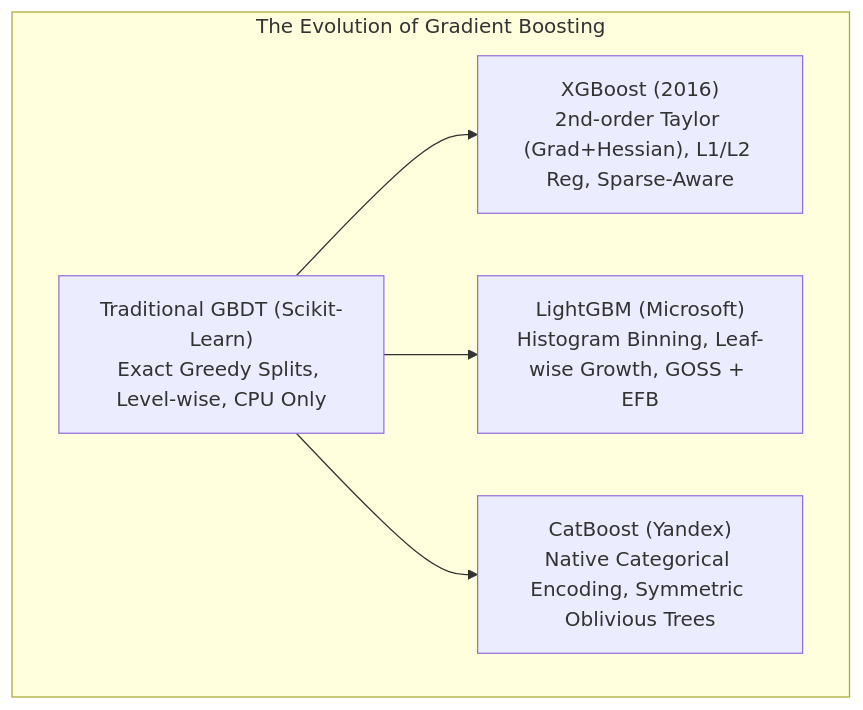
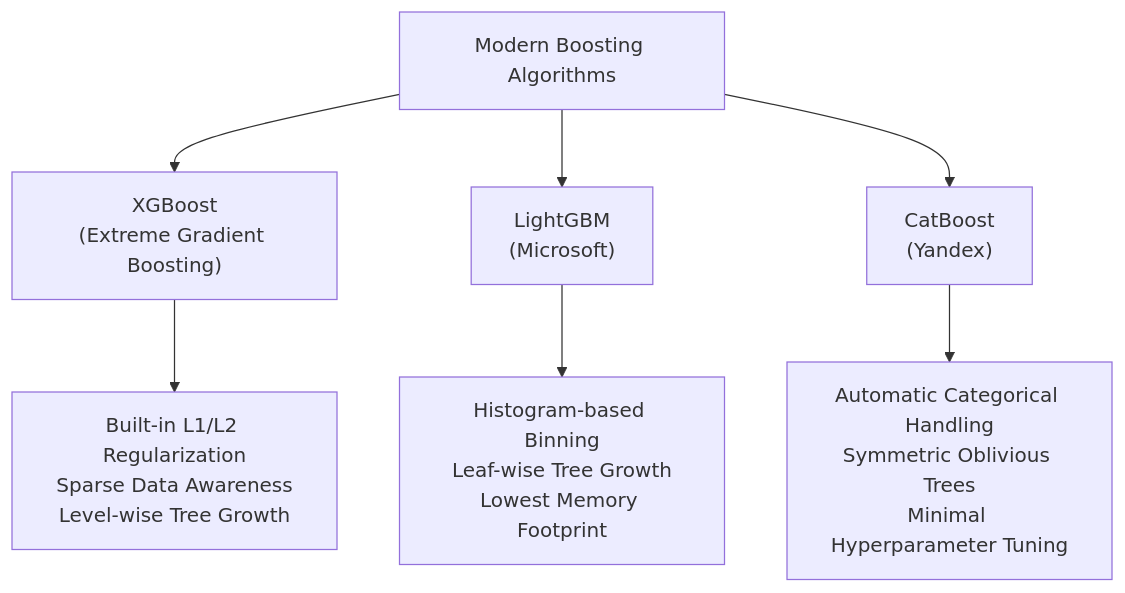
Before and after one commit to S1h2i3v4a/AI_ML: the diagram in lecture_30/Notes_30.07/README.md, drawn with Mermaid. The commit also changed other lines of this file and 57 other files, not shown here.

````diff
--- a/lecture_30/Notes_30.07/README.md
+++ b/lecture_30/Notes_30.07/README.md
@@ -18,12 +46,10 @@
 ```mermaid
 flowchart TD
-    subgraph BoostingEvolution ["The Evolution of Gradient Boosting"]
-        GB["Traditional GBDT (Scikit-Learn)<br>Exact Greedy Splits, Level-wise, CPU Only"]
-        XG["XGBoost (2016)<br>2nd-order Taylor (Grad+Hessian), L1/L2 Reg, Sparse-Aware"]
-        LGB["LightGBM (Microsoft)<br>Histogram Binning, Leaf-wise Growth, GOSS + EFB"]
-        CAT["CatBoost (Yandex)<br>Native Categorical Encoding, Symmetric Oblivious Trees"]
-        GB --> XG
-        GB --> LGB
-        GB --> CAT
-    end
+    A["Modern Boosting Algorithms"] --> B["XGBoost<br/>(Extreme Gradient Boosting)"]
+    A --> C["LightGBM<br/>(Microsoft)"]
+    A --> D["CatBoost<br/>(Yandex)"]
+    
+    B --> B1["Built-in L1/L2 Regularization<br/>Sparse Data Awareness<br/>Level-wise Tree Growth"]
+    C --> C1["Histogram-based Binning<br/>Leaf-wise Tree Growth<br/>Lowest Memory Footprint"]
+    D --> D1["Automatic Categorical Handling<br/>Symmetric Oblivious Trees<br/>Minimal Hyperparameter Tuning"]
 ```
````
